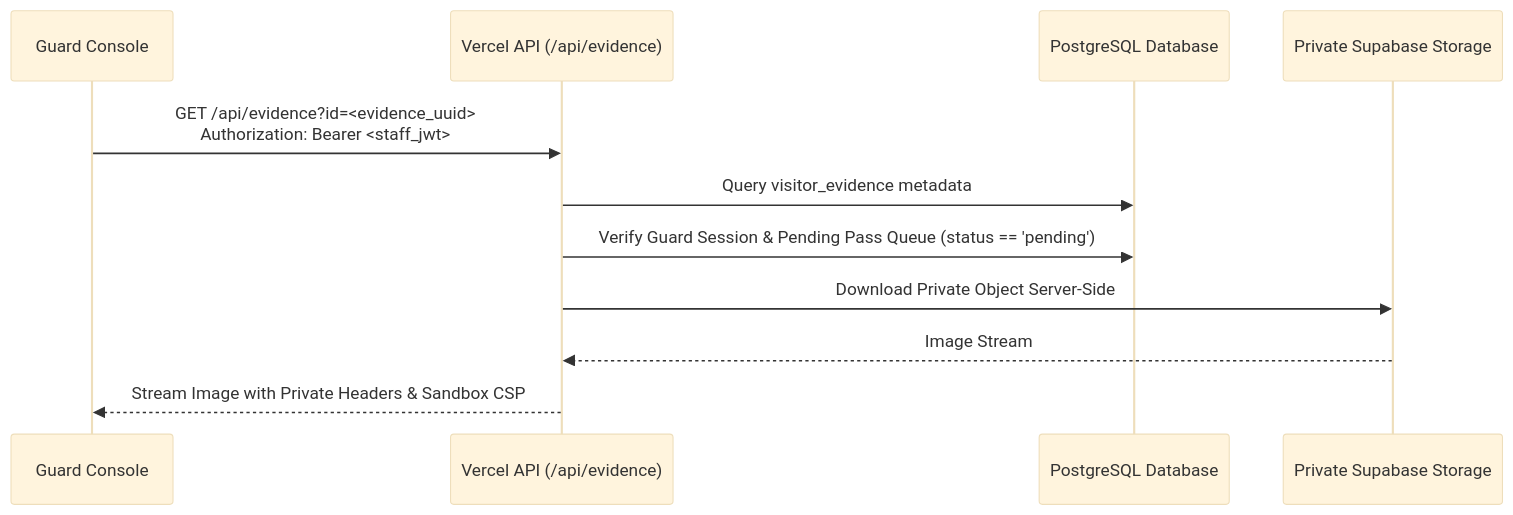
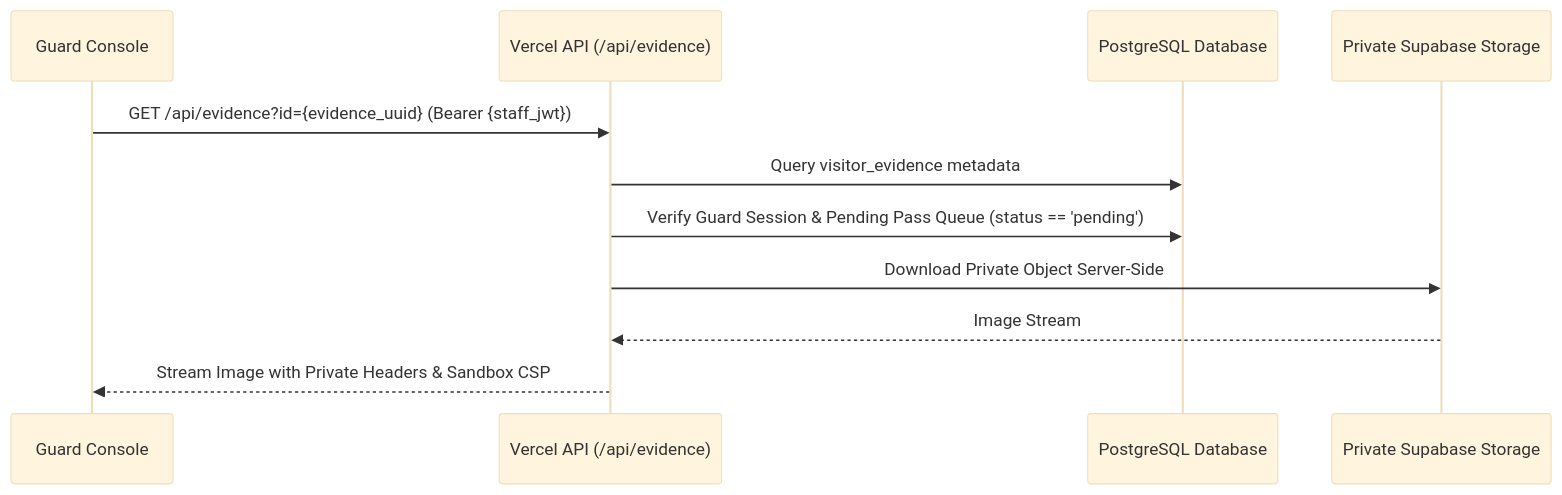
One commit to jsphhbna/egatepass changed the second of 3 diagrams in docs/IMAGE_SECURITY.md. Above: the diagram before and after it, drawn with Mermaid (base theme). The commit also changed other lines of this file and 12 other files, not shown here.

Commit message:
docs: fix Mermaid rendering and documentation drift

````diff
--- a/docs/IMAGE_SECURITY.md
+++ b/docs/IMAGE_SECURITY.md
@@ -62,14 +62,14 @@
 ```mermaid
 sequenceDiagram
     participant Guard as Guard Console
     participant API as Vercel API (/api/evidence)
     participant DB as PostgreSQL Database
     participant Storage as Private Supabase Storage
 
-    Guard->>API: GET /api/evidence?id=<evidence_uuid><br/>Authorization: Bearer <staff_jwt>
+    Guard->>API: GET /api/evidence?id={evidence_uuid} (Bearer {staff_jwt})
     API->>DB: Query visitor_evidence metadata
     API->>DB: Verify Guard Session & Pending Pass Queue (status == 'pending')
     API->>Storage: Download Private Object Server-Side
     Storage-->>API: Image Stream
     API-->>Guard: Stream Image with Private Headers & Sandbox CSP
 ```
````
